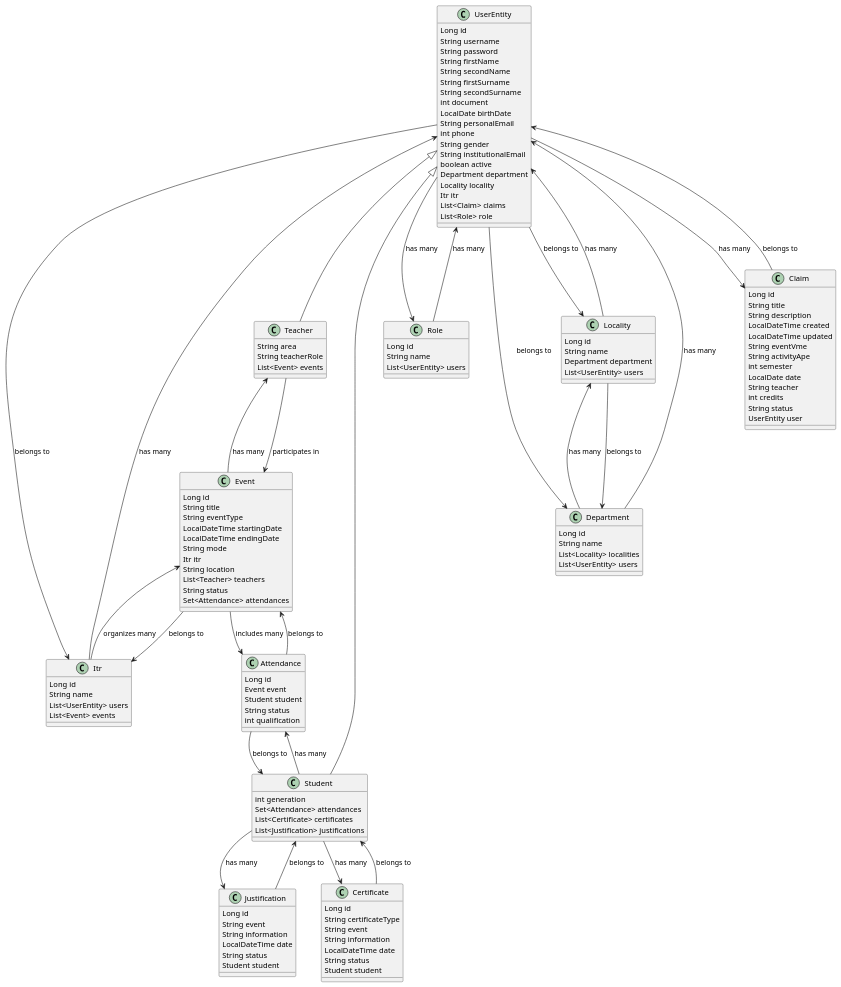
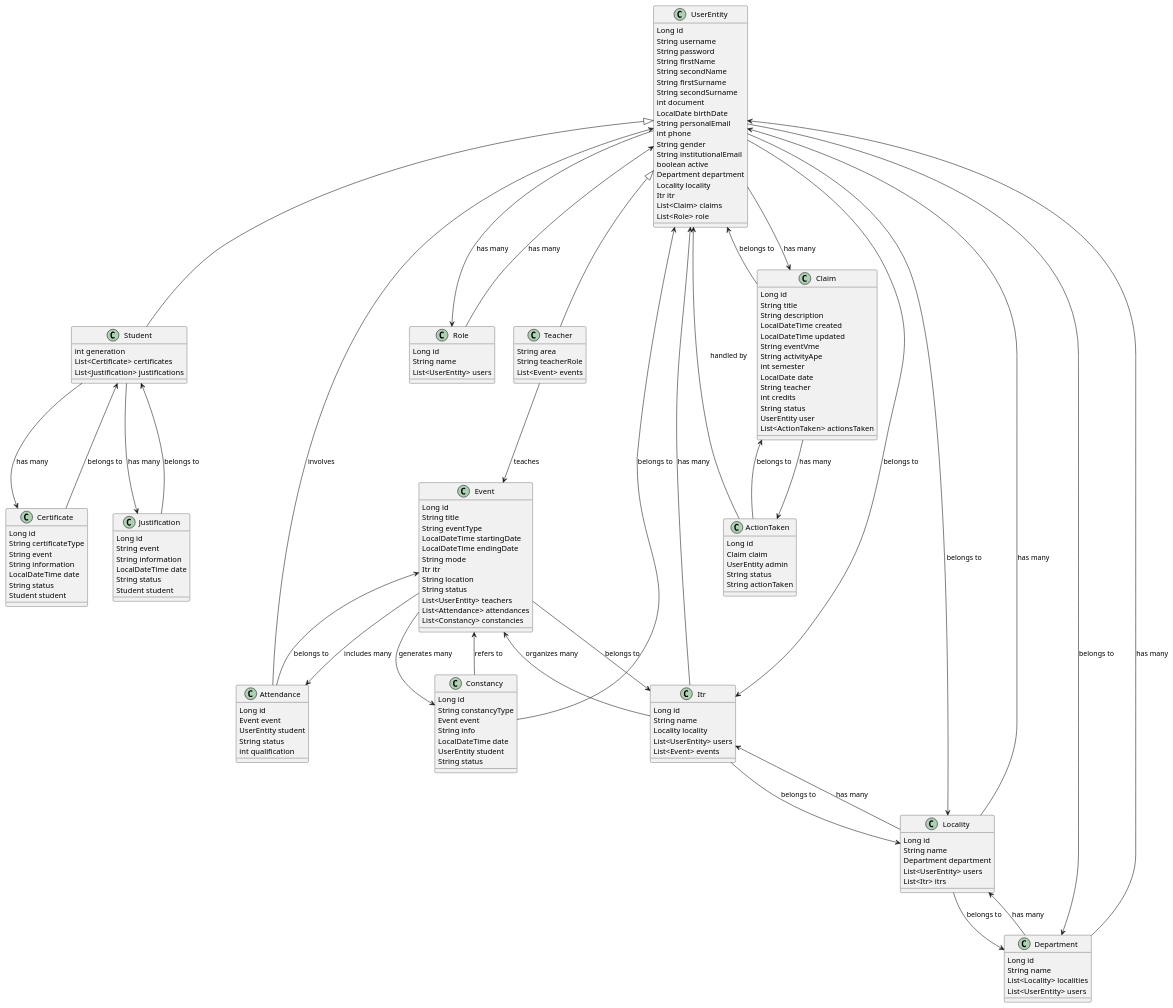
Before and after one commit to emanuelacuna/utec-pinfra-pft: the diagram in src/main/java/UML WEB.puml, drawn with PlantUML. The commit also changed 29 other files, not shown here.

```diff
--- a/src/main/java/UML WEB.puml
+++ b/src/main/java/UML WEB.puml
@@ -1,157 +1,187 @@
 @startuml
 
 class UserEntity {
     Long id
     String username
     String password
     String firstName
     String secondName
     String firstSurname
     String secondSurname
     int document
     LocalDate birthDate
     String personalEmail
     int phone
     String gender
     String institutionalEmail
     boolean active
     Department department
     Locality locality
     Itr itr
     List<Claim> claims
     List<Role> role
 }
 
+class Student extends UserEntity {
+    int generation
+    List<Certificate> certificates
+    List<Justification> justifications
+}
+
 class Teacher extends UserEntity {
     String area
     String teacherRole
     List<Event> events
-}
-
-class Student extends UserEntity {
-    int generation
-    Set<Attendance> attendances
-    List<Certificate> certificates
-    List<Justification> justifications
 }
 
 class Role {
     Long id
     String name
     List<UserEntity> users
 }
 
 class Locality {
     Long id
     String name
     Department department
     List<UserEntity> users
-}
-
-class Justification {
-    Long id
-    String event
-    String information
-    LocalDateTime date
-    String status
-    Student student
-}
-
-class Itr {
-    Long id
-    String name
-    List<UserEntity> users
-    List<Event> events
-}
-
-class Event {
-    Long id
-    String title
-    String eventType
-    LocalDateTime startingDate
-    LocalDateTime endingDate
-    String mode
-    Itr itr
-    String location
-    List<Teacher> teachers
-    String status
-    Set<Attendance> attendances
+    List<Itr> itrs
 }
 
 class Department {
     Long id
     String name
     List<Locality> localities
     List<UserEntity> users
+}
+
+class Itr {
+    Long id
+    String name
+    Locality locality
+    List<UserEntity> users
+    List<Event> events
 }
 
 class Claim {
     Long id
     String title
     String description
     LocalDateTime created
     LocalDateTime updated
     String eventVme
     String activityApe
     int semester
     LocalDate date
     String teacher
     int credits
     String status
     UserEntity user
+    List<ActionTaken> actionsTaken
+}
+
+class ActionTaken {
+    Long id
+    Claim claim
+    UserEntity admin
+    String status
+    String actionTaken
+}
+
+class Event {
+    Long id
+    String title
+    String eventType
+    LocalDateTime startingDate
+    LocalDateTime endingDate
+    String mode
+    Itr itr
+    String location
+    String status
+    List<UserEntity> teachers
+    List<Attendance> attendances
+    List<Constancy> constancies
+}
+
+class Attendance {
+    Long id
+    Event event
+    UserEntity student
+    String status
+    int qualification
 }
 
 class Certificate {
     Long id
     String certificateType
     String event
     String information
     LocalDateTime date
     String status
     Student student
 }
 
-class Attendance {
+class Constancy {
     Long id
+    String constancyType
     Event event
+    String info
+    LocalDateTime date
+    UserEntity student
+    String status
+}
+
+class Justification {
+    Long id
+    String event
+    String information
+    LocalDateTime date
+    String status
     Student student
-    String status
-    int qualification
 }
 
 UserEntity --> Department : belongs to
 UserEntity --> Locality : belongs to
 UserEntity --> Itr : belongs to
 UserEntity --> Claim : has many
 UserEntity --> Role : has many
 
-Teacher --> Event : participates in
-Student --> Attendance : has many
 Student --> Certificate : has many
 Student --> Justification : has many
+
+Teacher --> Event : teaches
 
 Role --> UserEntity : has many
 
 Locality --> Department : belongs to
 Locality --> UserEntity : has many
-
-Justification --> Student : belongs to
-
-Itr --> UserEntity : has many
-Itr --> Event : organizes many
-
-Event --> Itr : belongs to
-Event --> Teacher : has many
-Event --> Attendance : includes many
+Locality --> Itr : has many
 
 Department --> Locality : has many
 Department --> UserEntity : has many
 
+Itr --> Locality : belongs to
+Itr --> UserEntity : has many
+Itr --> Event : organizes many
+
 Claim --> UserEntity : belongs to
+Claim --> ActionTaken : has many
+
+ActionTaken --> Claim : belongs to
+ActionTaken --> UserEntity : handled by
+
+Event --> Itr : belongs to
+Event --> Attendance : includes many
+Event --> Constancy : generates many
+
+Attendance --> Event : belongs to
+Attendance --> UserEntity : involves
 
 Certificate --> Student : belongs to
 
-Attendance --> Event : belongs to
-Attendance --> Student : belongs to
+Constancy --> Event : refers to
+Constancy --> UserEntity : belongs to
+
+Justification --> Student : belongs to
 
 @enduml
```
